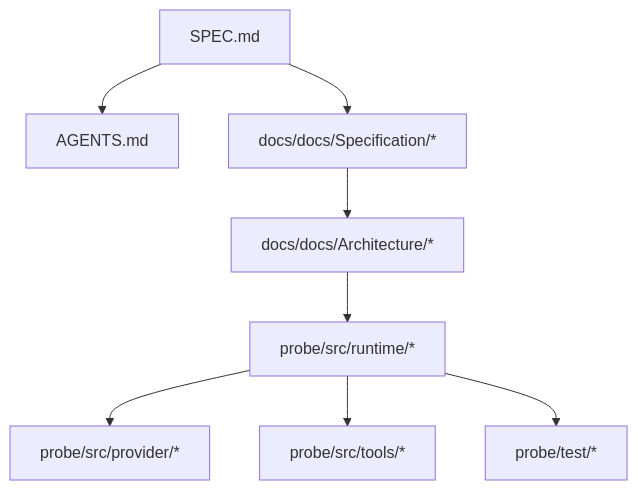
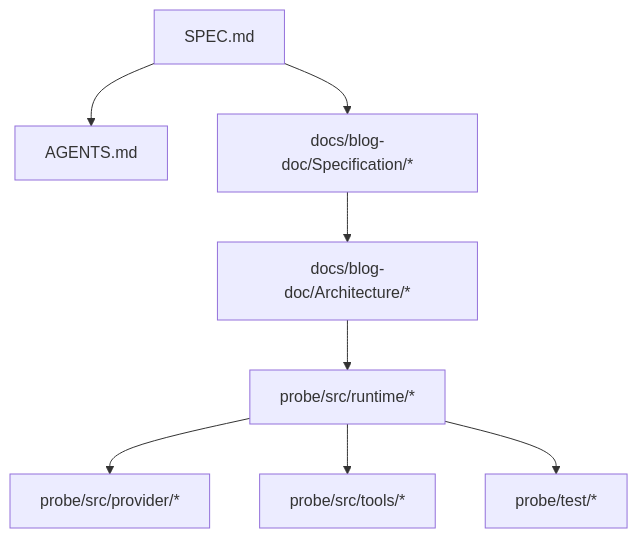
The second of 2 diagrams in README.md (gigio1023/minecraft-llm-agent-community), drawn with Mermaid before and after one commit. The commit also changed other lines of this file and 188 other files, not shown here.

First line of the commit message:
[codex] Align runtime retry, docs, and observation context architecture (#29)

````diff
--- a/README.md
+++ b/README.md
@@ -402,19 +362,19 @@
 ```mermaid
 flowchart TB
   Spec["SPEC.md"]
   Agents["AGENTS.md"]
-  DocsSpec["docs/docs/Specification/*"]
-  Arch["docs/docs/Architecture/*"]
+  DocsSpec["docs/blog-doc/Specification/*"]
+  Arch["docs/blog-doc/Architecture/*"]
   Runtime["probe/src/runtime/*"]
   Provider["probe/src/provider/*"]
   Tools["probe/src/tools/*"]
   Tests["probe/test/*"]
 
   Spec --> DocsSpec
   Spec --> Agents
   DocsSpec --> Arch
   Arch --> Runtime
   Runtime --> Provider
   Runtime --> Tools
   Runtime --> Tests
 ```
````
